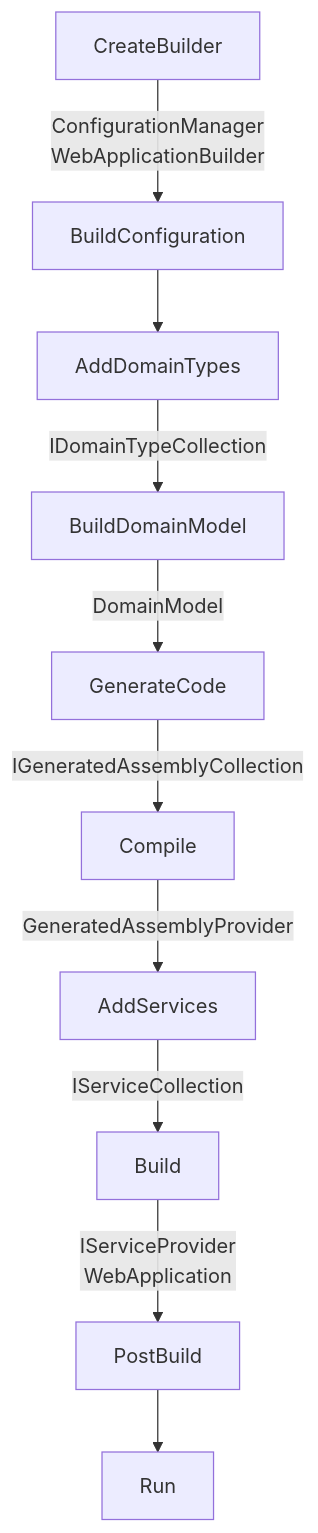
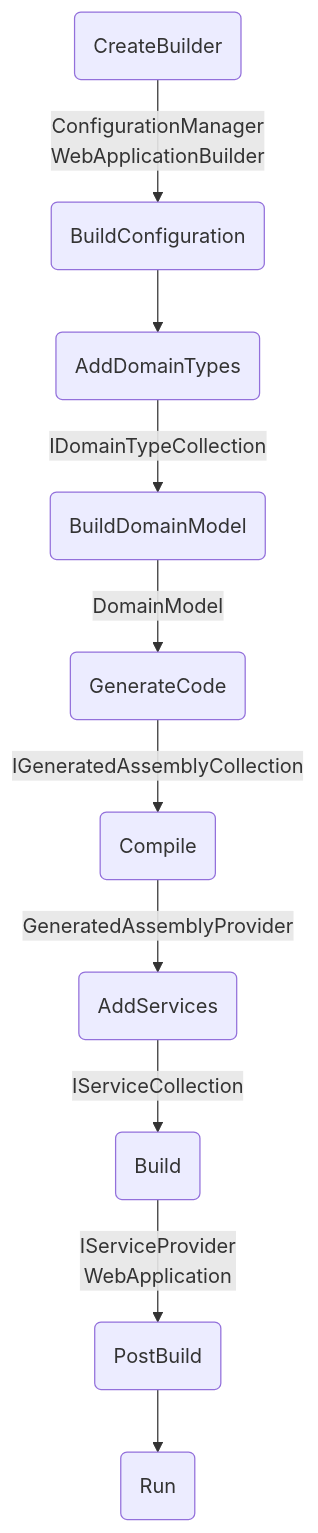
The diagram in docs/blueprints/service.md (mouseless/baked), drawn with Mermaid before and after one commit. The commit also changed 11 other files, not shown here.

````diff
--- a/docs/blueprints/service.md
+++ b/docs/blueprints/service.md
@@ -76,23 +76,23 @@
 ```mermaid
 flowchart TD
-    CB[CreateBuilder]
-    BC[BuildConfiguration]
-    AD[AddDomainTypes]
-    BD[BuildDomainModel]
-    GC[GenerateCode]
-    C[Compile]
-    AS[AddServices]
-    B[Build]
-    PB[PostBuild]
-    R[Run]
+    CB(CreateBuilder)
+    BC(BuildConfiguration)
+    AD(AddDomainTypes)
+    BD(BuildDomainModel)
+    GC(GenerateCode)
+    C(Compile)
+    AS(AddServices)
+    B(Build)
+    PB(PostBuild)
+    R(Run)
 
     CB -->|ConfigurationManager\nWebApplicationBuilder| BC
     BC --> AD
     AD -->|IDomainTypeCollection| BD
     BD -->|DomainModel| GC
     GC -->|IGeneratedAssemblyCollection| C
     C -->|GeneratedAssemblyProvider| AS
     AS -->|IServiceCollection| B
     B -->|IServiceProvider\nWebApplication|PB
     PB --> R
 ```
````
